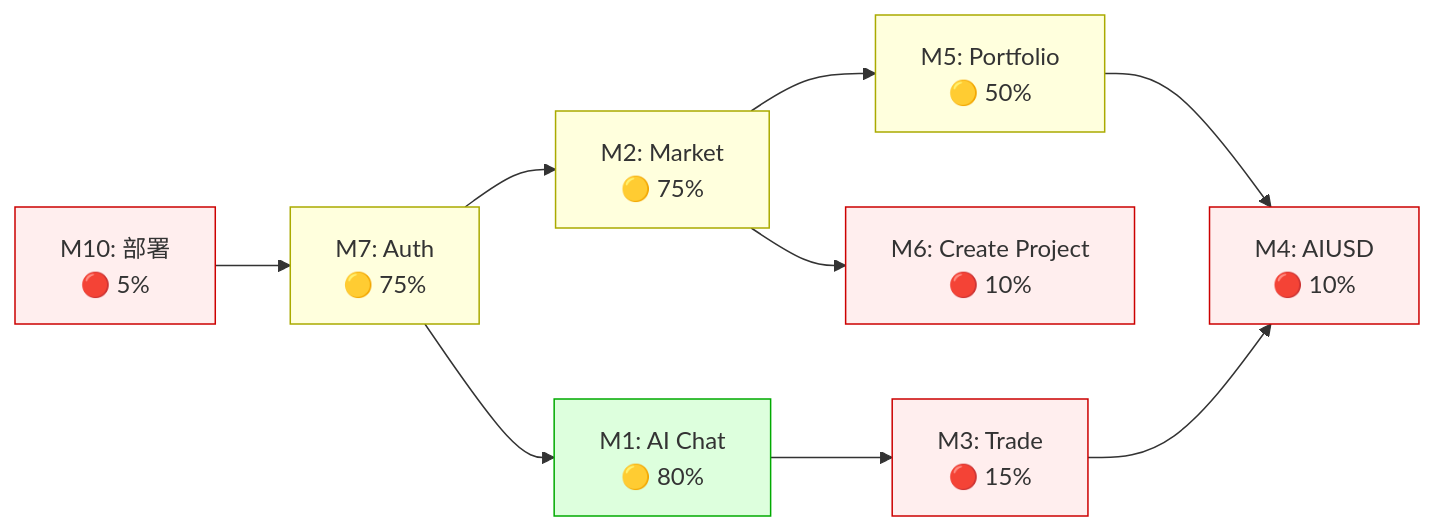
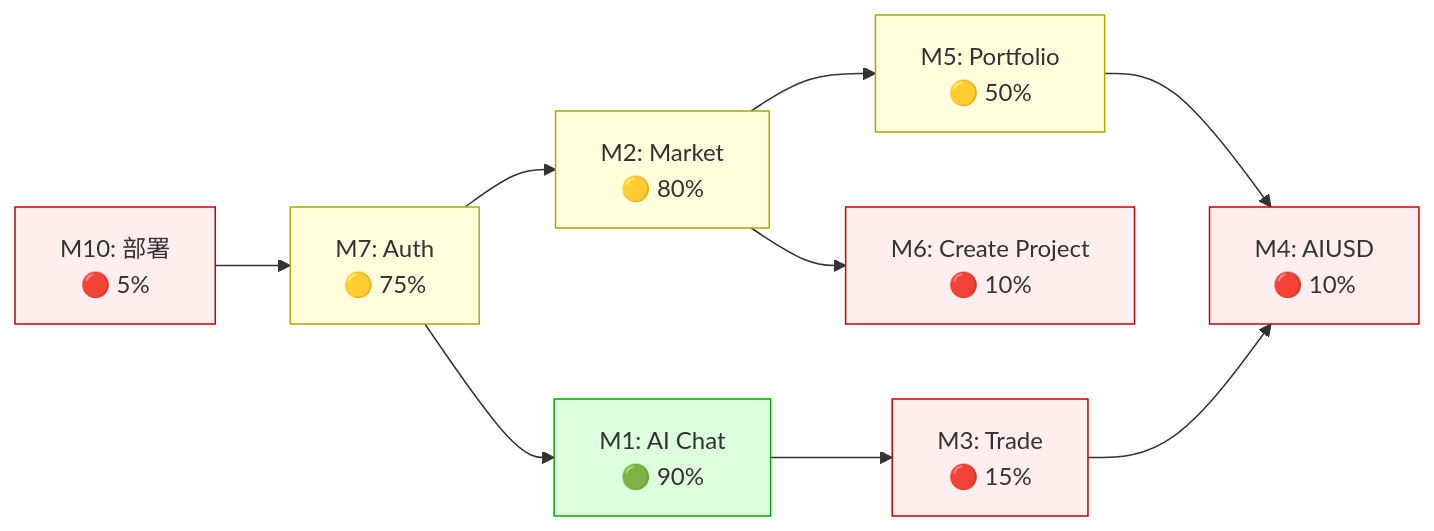
The first of 2 diagrams in docs/TODO.md (zizizizazaza/moltcash.ai), drawn with Mermaid before and after one commit. The commit also changed other lines of this file and 17 other files, not shown here.

````diff
--- a/docs/TODO.md
+++ b/docs/TODO.md
@@ -13,20 +13,20 @@
 ```mermaid
 graph LR
     M10["M10: 部署<br/>🔴 5%"] --> M7["M7: Auth<br/>🟡 75%"]
-    M7 --> M2["M2: Market<br/>🟡 75%"]
-    M7 --> M1["M1: AI Chat<br/>🟡 80%"]
+    M7 --> M2["M2: Market<br/>🟡 80%"]
+    M7 --> M1["M1: AI Chat<br/>🟢 90%"]
     M2 --> M5["M5: Portfolio<br/>🟡 50%"]
     M1 --> M3["M3: Trade<br/>🔴 15%"]
     M5 --> M4["M4: AIUSD<br/>🔴 10%"]
     M3 --> M4
     M2 --> M6["M6: Create Project<br/>🔴 10%"]
 
     style M10 fill:#fee,stroke:#c00
     style M7 fill:#ffd,stroke:#aa0
     style M2 fill:#ffd,stroke:#aa0
     style M1 fill:#dfd,stroke:#0a0
     style M5 fill:#ffd,stroke:#aa0
     style M3 fill:#fee,stroke:#c00
     style M4 fill:#fee,stroke:#c00
     style M6 fill:#fee,stroke:#c00
 ```
````
